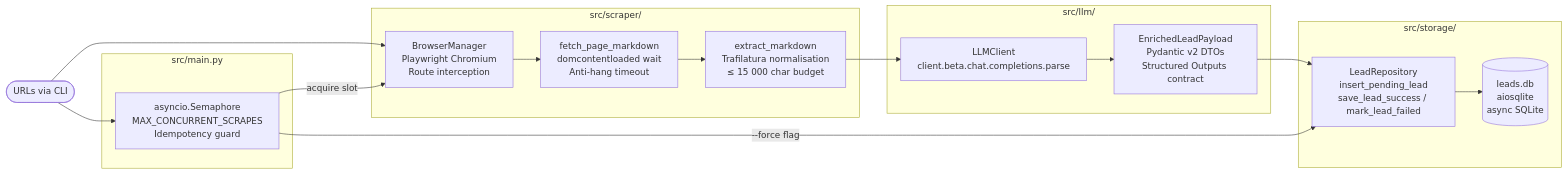
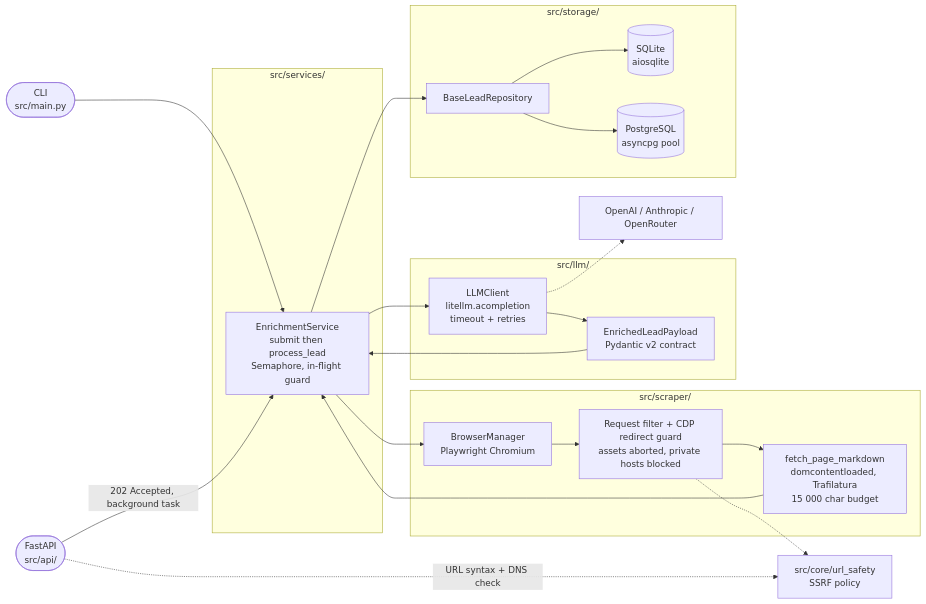
Before and after one commit to zqf20096327/dbhub_collect: the diagram in data/readmes/Nazar-Plokhuta__lead-enrichment-agent.md, drawn with Mermaid. The commit also changed other lines of this file and 459 other files, not shown here.

````diff
--- a/data/readmes/Nazar-Plokhuta__lead-enrichment-agent.md
+++ b/data/readmes/Nazar-Plokhuta__lead-enrichment-agent.md
@@ -16,32 +20,43 @@
 ```mermaid
 flowchart LR
-    A([URLs via CLI]) --> B
+    CLI(["CLI<br/>src/main.py"])
+    API(["FastAPI<br/>src/api/"])
+
+    CLI --> SVC
+    API -->|"202 Accepted, background task"| SVC
+
+    subgraph Service ["src/services/"]
+        SVC["EnrichmentService<br/>submit then process_lead<br/>Semaphore, in-flight guard"]
+    end
+
+    API -.->|"URL syntax + DNS check"| SAFE
 
     subgraph Scraper ["src/scraper/"]
-        B["BrowserManager\nPlaywright Chromium\nRoute interception"]
-        B --> C["fetch_page_markdown\ndomcontentloaded wait\nAnti-hang timeout"]
-        C --> D["extract_markdown\nTrafilatura normalisation\n≤ 15 000 char budget"]
+        B["BrowserManager<br/>Playwright Chromium"]
+        B --> C["Request filter + CDP redirect guard<br/>assets aborted, private hosts blocked"]
+        C --> D["fetch_page_markdown<br/>domcontentloaded, Trafilatura<br/>15 000 char budget"]
     end
 
-    D --> E
+    SAFE["src/core/url_safety<br/>SSRF policy"]
+    C -.-> SAFE
+
+    SVC --> B
 
     subgraph LLM ["src/llm/"]
-        E["LLMClient\nclient.beta.chat.completions.parse"]
-        E --> F["EnrichedLeadPayload\nPydantic v2 DTOs\nStructured Outputs contract"]
+        E["LLMClient<br/>litellm.acompletion<br/>timeout + retries"]
+        E --> F["EnrichedLeadPayload<br/>Pydantic v2 contract"]
     end
 
-    F --> G
+    D --> SVC
+    SVC --> E
+    E -.-> P["OpenAI / Anthropic / OpenRouter"]
 
     subgraph Storage ["src/storage/"]
-        G["LeadRepository\ninsert_pending_lead\nsave_lead_success / mark_lead_failed"]
-        G --> H[("leads.db\naiosqlite\nasync SQLite")]
+        G["BaseLeadRepository"]
+        G --> H[("SQLite<br/>aiosqlite")]
+        G --> I[("PostgreSQL<br/>asyncpg pool")]
     end
 
-    subgraph Orchestrator ["src/main.py"]
-        I["asyncio.Semaphore\nMAX_CONCURRENT_SCRAPES\nIdempotency guard"]
-    end
-
-    A --> I
-    I -->|"acquire slot"| B
-    I -->|"--force flag"| G
+    F --> SVC
+    SVC --> G
 ```
````
